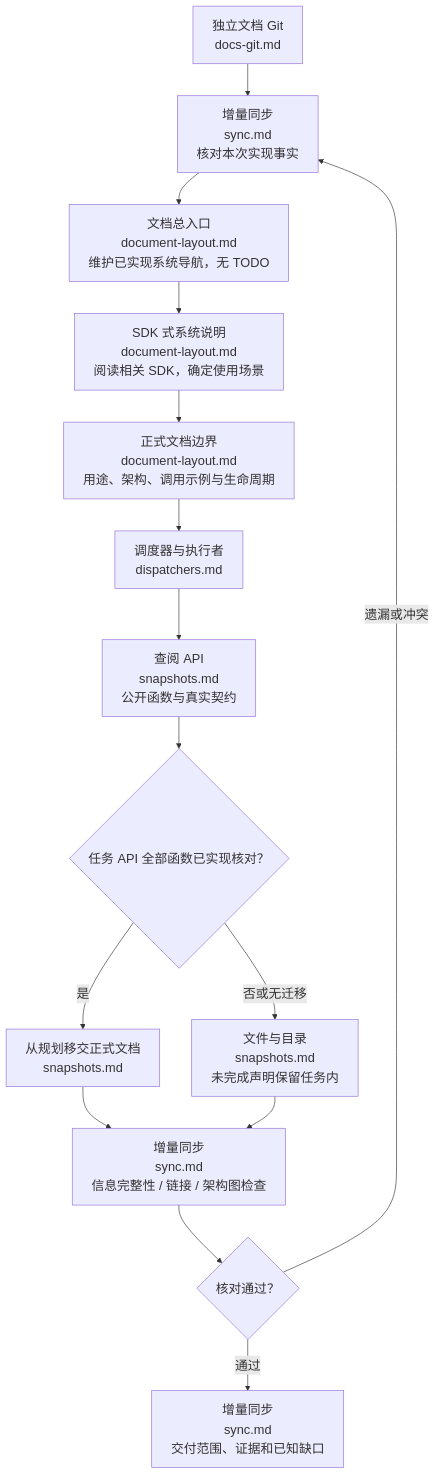
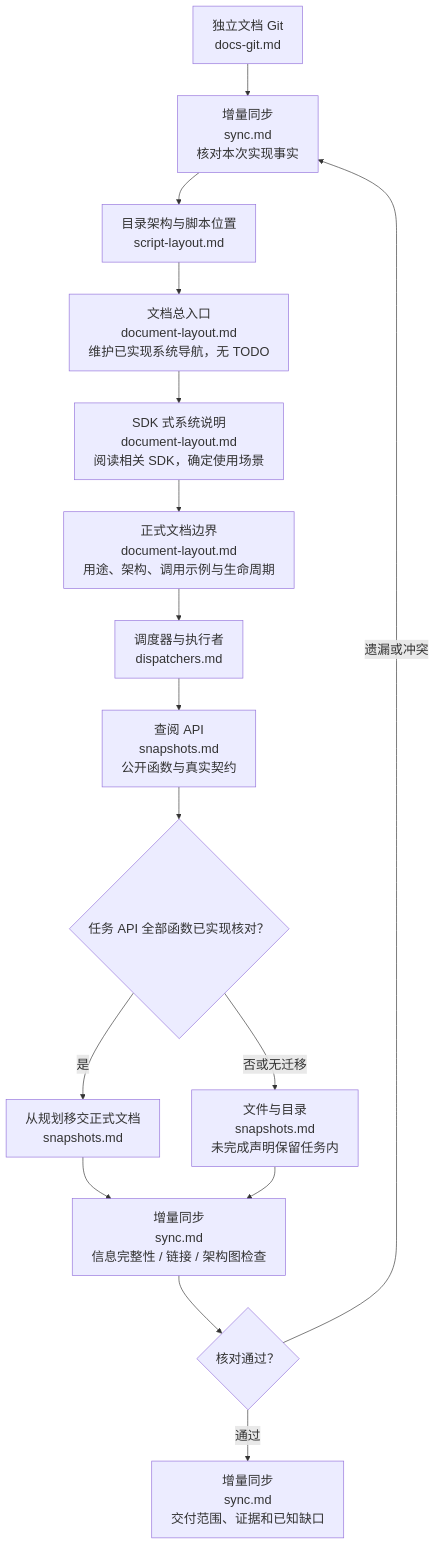
The second of 2 diagrams in game-system-development-documentation/SKILL.md (229196637/game-development-skills), drawn with Mermaid before and after one commit. The commit also changed other lines of this file and 58 other files, not shown here.

Commit message:
Centralize document generation with task orchestration and source placement

````diff
--- a/game-system-development-documentation/SKILL.md
+++ b/game-system-development-documentation/SKILL.md
@@ -49,29 +49,31 @@
 ```mermaid
 %%{init: {"themeVariables": {"fontSize": "20px"}, "flowchart": {"wrappingWidth": 360}}}%%
 flowchart TD
   Git["独立文档 Git<br/>docs-git.md"] --> Facts["增量同步<br/>sync.md<br/>核对本次实现事实"]
-  Facts --> Index["文档总入口<br/>document-layout.md<br/>维护已实现系统导航，无 TODO"]
+  Facts --> Placement["目录架构与脚本位置<br/>script-layout.md"]
+  Placement --> Index["文档总入口<br/>document-layout.md<br/>维护已实现系统导航，无 TODO"]
   Index --> Style["SDK 式系统说明<br/>document-layout.md<br/>阅读相关 SDK，确定使用场景"]
   Style --> Body["正式文档边界<br/>document-layout.md<br/>用途、架构、调用示例与生命周期"]
   Body --> Dispatch["调度器与执行者<br/>dispatchers.md"]
   Dispatch --> Api["查阅 API<br/>snapshots.md<br/>公开函数与真实契约"]
   Api --> Move{"任务 API 全部函数已实现核对？"}
   Move -->|是| Handoff["从规划移交正式文档<br/>snapshots.md"]
   Move -->|否或无迁移| Keep["文件与目录<br/>snapshots.md<br/>未完成声明保留任务内"]
   Handoff --> Verify["增量同步<br/>sync.md<br/>信息完整性 / 链接 / 架构图检查"]
   Keep --> Verify
   Verify --> Pass{"核对通过？"}
   Pass -->|遗漏或冲突| Facts
   Pass -->|通过| Deliver["增量同步<br/>sync.md<br/>交付范围、证据和已知缺口"]
   click Git "references/contracts/docs-git.md"
   click Facts "references/workflows/sync.md"
+  click Placement "references/workflows/script-layout.md"
   click Index "references/contracts/document-layout.md#文档总入口"
   click Style "references/contracts/document-layout.md#sdk-式系统说明"
   click Body "references/contracts/document-layout.md"
   click Dispatch "references/workflows/dispatchers.md"
   click Api "references/api/snapshots.md"
   click Handoff "references/api/snapshots.md#从规划移交正式文档"
   click Keep "references/api/snapshots.md#文件与目录"
   click Verify "references/workflows/sync.md"
   click Deliver "references/workflows/sync.md"
 ```
````
